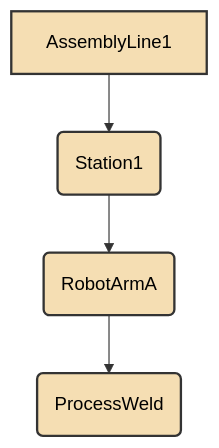
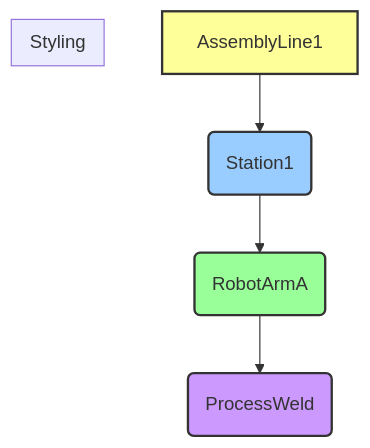
Before and after one commit to ikko/sym: the fourth of 5 diagrams in docs/3_advanced_tutorial.md, drawn with Mermaid. The commit also changed other lines of this file and 6 other files, not shown here.

````diff
--- a/docs/3_advanced_tutorial.md
+++ b/docs/3_advanced_tutorial.md
@@ -171,11 +177,13 @@
 ```mermaid
 graph TD
     L1[AssemblyLine1] --> S1(Station1)
     S1 --> RA(RobotArmA)
     RA --> PW(ProcessWeld)
 
-    style L1 fill:#F5DEB3,stroke:#333,stroke-width:2px,color:#000000
-    style S1 fill:#F5DEB3,stroke:#333,stroke-width:2px,color:#000000
-    style RA fill:#F5DEB3,stroke:#333,stroke-width:2px,color:#000000
-    style PW fill:#F5DEB3,stroke:#333,stroke-width:2px,color:#000000
+    subgraph "Styling"
+        style L1 fill:#ff9,stroke:#333,stroke-width:2px
+        style S1 fill:#9cf,stroke:#333,stroke-width:2px
+        style RA fill:#9f9,stroke:#333,stroke-width:2px
+        style PW fill:#c9f,stroke:#333,stroke-width:2px
+    end
 ```
````
